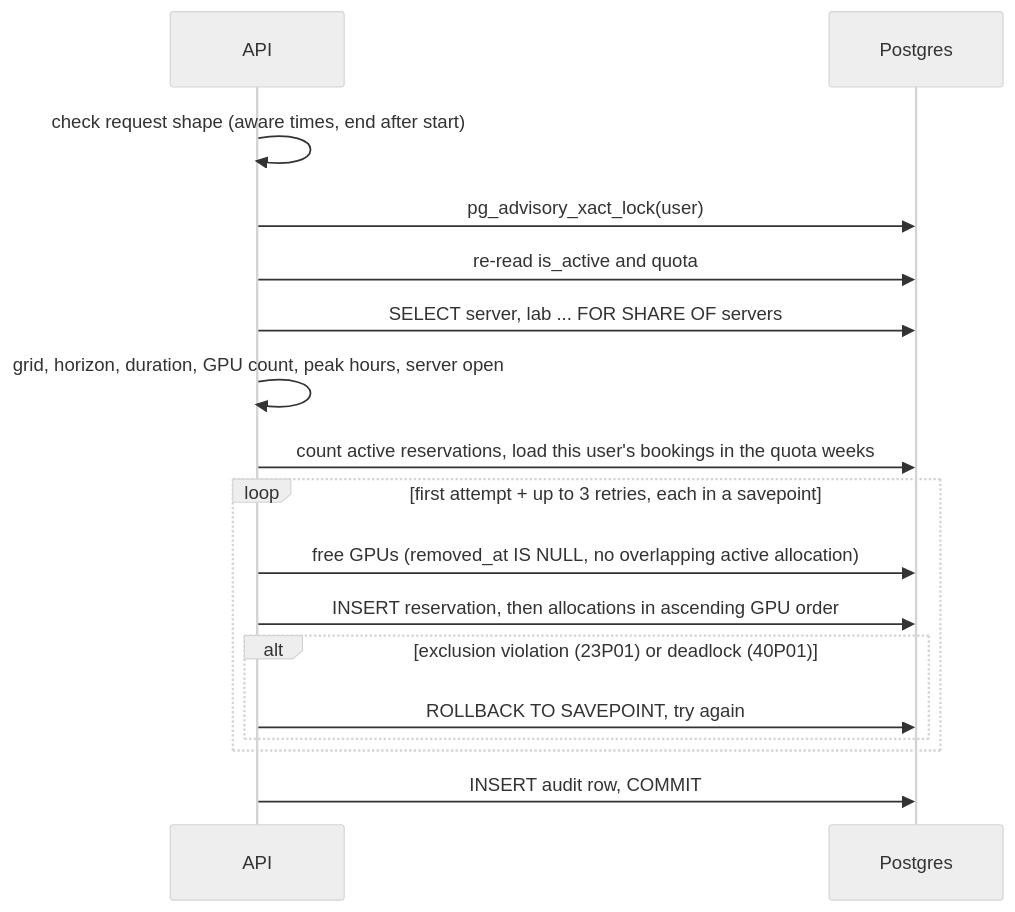
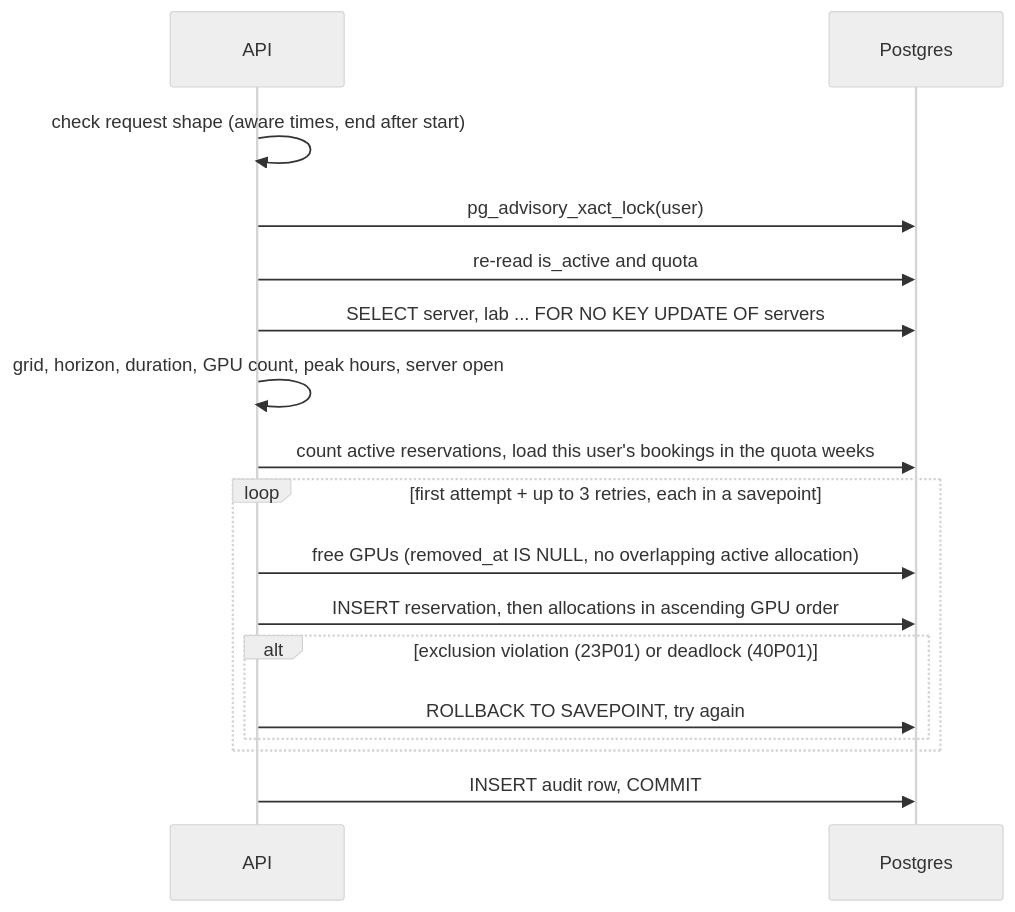
Before and after one commit to yyang43967/gpu-reserve: the second of 6 diagrams in docs/architecture.md, drawn with Mermaid (neutral theme). The commit also changed other lines of this file and 1 other file, not shown here.

First line of the commit message:
docs: describe the server row lock that serializes bookings

````diff
--- a/docs/architecture.md
+++ b/docs/architecture.md
@@ -124,20 +124,20 @@
 ```mermaid
 sequenceDiagram
     participant A as API
     participant D as Postgres
 
     A->>A: check request shape (aware times, end after start)
     A->>D: pg_advisory_xact_lock(user)
     A->>D: re-read is_active and quota
-    A->>D: SELECT server, lab ... FOR SHARE OF servers
+    A->>D: SELECT server, lab ... FOR NO KEY UPDATE OF servers
     A->>A: grid, horizon, duration, GPU count, peak hours, server open
     A->>D: count active reservations, load this user's bookings in the quota weeks
     loop first attempt + up to 3 retries, each in a savepoint
         A->>D: free GPUs (removed_at IS NULL, no overlapping active allocation)
         A->>D: INSERT reservation, then allocations in ascending GPU order
         alt exclusion violation (23P01) or deadlock (40P01)
             A->>D: ROLLBACK TO SAVEPOINT, try again
         end
     end
     A->>D: INSERT audit row, COMMIT
 ```
````
